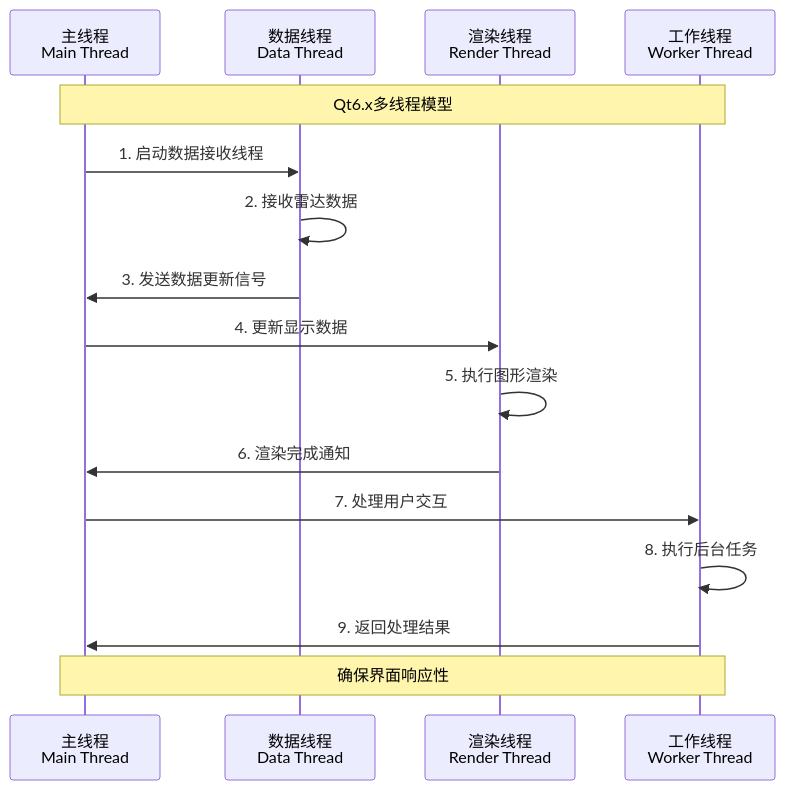
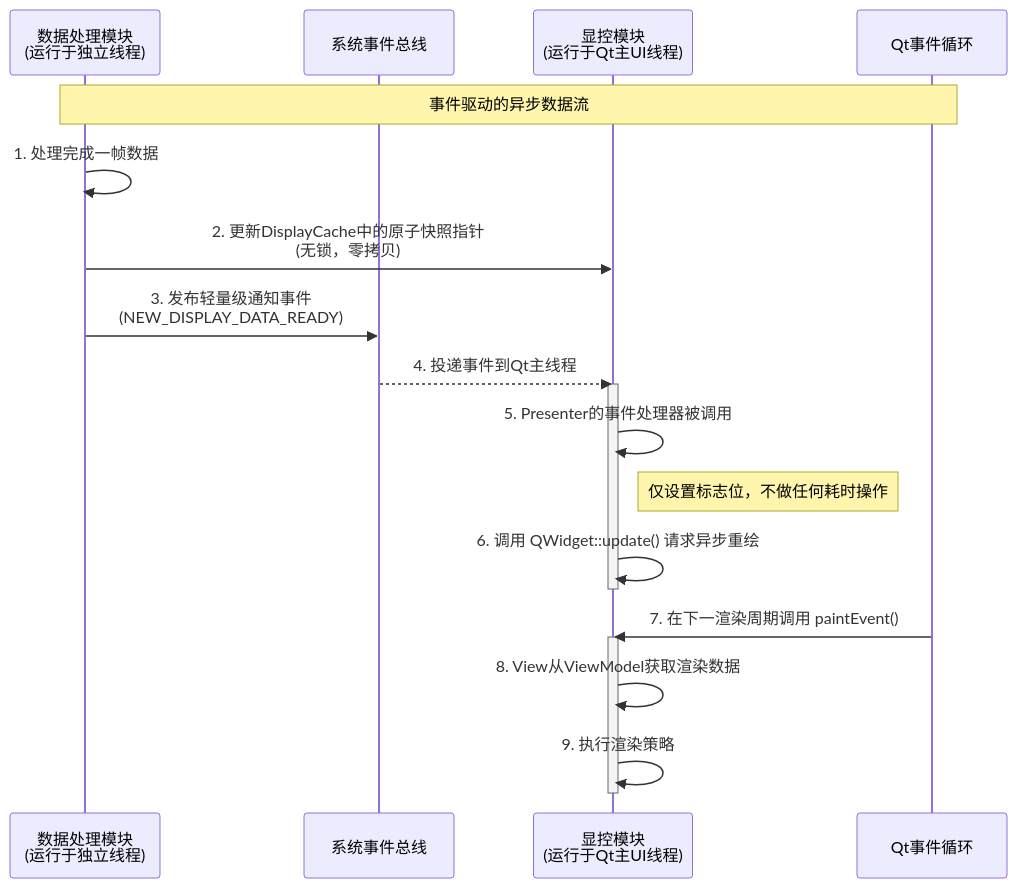
Before and after one commit to wendizhou99-cell/Radar: the fifth of 21 diagrams in docs/01_项目设计/02_模块设计/04_显控接口模块设计.md, drawn with Mermaid. The commit also changed other lines of this file and 7 other files, not shown here.

````diff
--- a/docs/01_项目设计/02_模块设计/04_显控接口模块设计.md
+++ b/docs/01_项目设计/02_模块设计/04_显控接口模块设计.md
@@ -266,23 +481,29 @@
 ```mermaid
 sequenceDiagram
-    participant MainThread as 主线程<br/>Main Thread
-    participant DataThread as 数据线程<br/>Data Thread
-    participant RenderThread as 渲染线程<br/>Render Thread
-    participant WorkerThread as 工作线程<br/>Worker Thread
+    participant DataProcessor as 数据处理模块<br/>(运行于独立线程)
+    participant EventBus as 系统事件总线
+    participant DisplayController as 显控模块<br/>(运行于Qt主UI线程)
+    participant QtEventLoop as Qt事件循环
 
-    Note over MainThread,WorkerThread: Qt6.x多线程模型
+    Note over DataProcessor, QtEventLoop: 事件驱动的异步数据流
 
-    MainThread->>DataThread: 1. 启动数据接收线程
-    DataThread->>DataThread: 2. 接收雷达数据
-    DataThread->>MainThread: 3. 发送数据更新信号
+    DataProcessor->>DataProcessor: 1. 处理完成一帧数据
+    DataProcessor->>DisplayController: 2. 更新DisplayCache中的原子快照指针<br/>(无锁，零拷贝)
+    DataProcessor->>EventBus: 3. 发布轻量级通知事件<br/>(NEW_DISPLAY_DATA_READY)
 
-    MainThread->>RenderThread: 4. 更新显示数据
-    RenderThread->>RenderThread: 5. 执行图形渲染
-    RenderThread->>MainThread: 6. 渲染完成通知
+    EventBus-->>DisplayController: 4. 投递事件到Qt主线程
 
-    MainThread->>WorkerThread: 7. 处理用户交互
-    WorkerThread->>WorkerThread: 8. 执行后台任务
-    WorkerThread->>MainThread: 9. 返回处理结果
+    activate DisplayController
+    DisplayController->>DisplayController: 5. Presenter的事件处理器被调用
+    Note right of DisplayController: 仅设置标志位，不做任何耗时操作
+    DisplayController->>DisplayController: 6. 调用 QWidget::update() 请求异步重绘
+    deactivate DisplayController
 
-    Note over MainThread,WorkerThread: 确保界面响应性
+    QtEventLoop->>DisplayController: 7. 在下一渲染周期调用 paintEvent()
+
+    activate DisplayController
+    DisplayController->>DisplayController: 8. View从ViewModel获取渲染数据
+    DisplayController->>DisplayController: 9. 执行渲染策略
+    deactivate DisplayController
+
 ```
````
